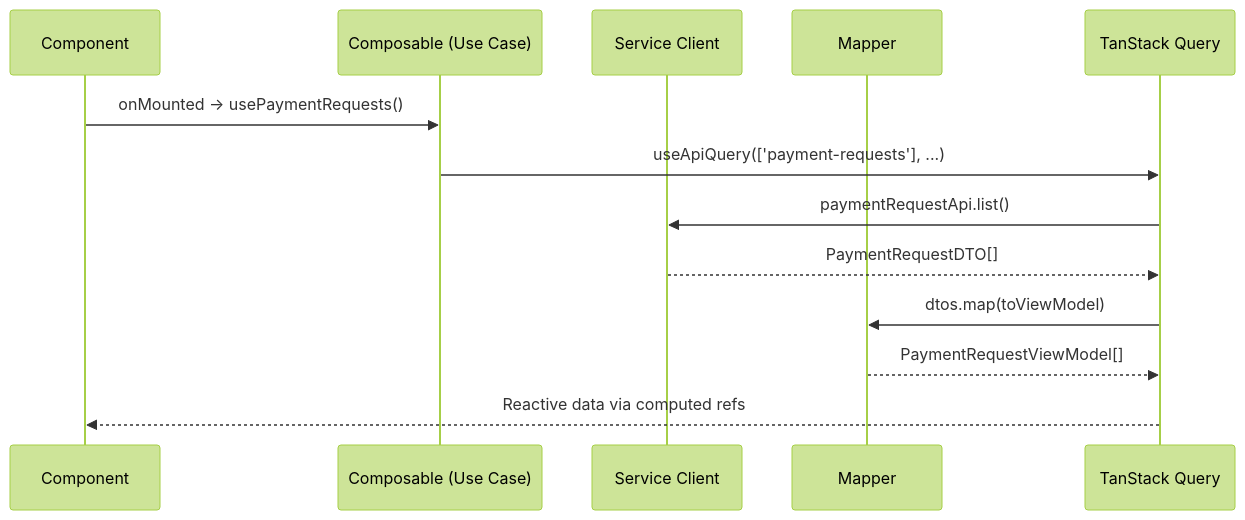
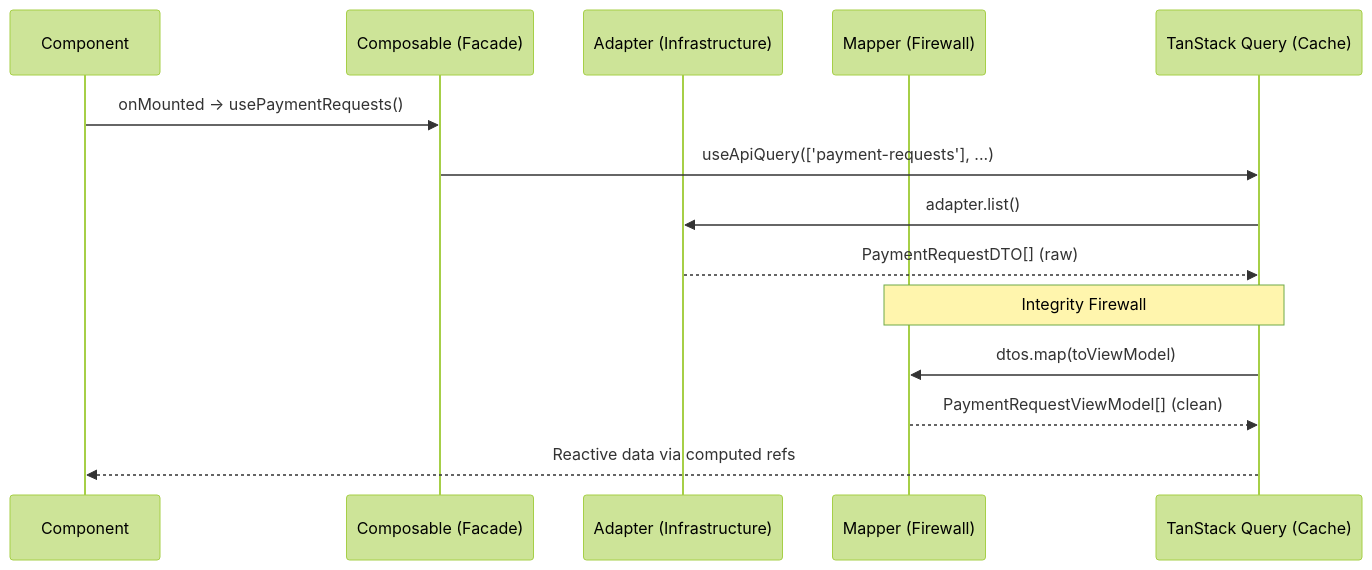
Before and after one commit to Abren-Systems/abren-erp-ui: the diagram in docs/architecture/STATE_MANAGEMENT.md, drawn with Mermaid (forest theme). The commit also changed other lines of this file and 7 other files, not shown here.

Commit message:
docs: architecturally hardened frontend documentation suite (Symmetry & Categorization)

````diff
--- a/docs/architecture/STATE_MANAGEMENT.md
+++ b/docs/architecture/STATE_MANAGEMENT.md
@@ -63,16 +63,17 @@
 ```mermaid
 sequenceDiagram
     participant C as Component
-    participant H as Composable (Use Case)
-    participant A as Service Client
-    participant M as Mapper
-    participant TQ as TanStack Query
+    participant H as Composable (Facade)
+    participant A as Adapter (Infrastructure)
+    participant M as Mapper (Firewall)
+    participant TQ as TanStack Query (Cache)
 
     C->>H: onMounted → usePaymentRequests()
     H->>TQ: useApiQuery(['payment-requests'], ...)
-    TQ->>A: paymentRequestApi.list()
-    A-->>TQ: PaymentRequestDTO[]
+    TQ->>A: adapter.list()
+    A-->>TQ: PaymentRequestDTO[] (raw)
+    Note over TQ,M: Integrity Firewall
     TQ->>M: dtos.map(toViewModel)
-    M-->>TQ: PaymentRequestViewModel[]
+    M-->>TQ: PaymentRequestViewModel[] (clean)
     TQ-->>C: Reactive data via computed refs
 ```
````
